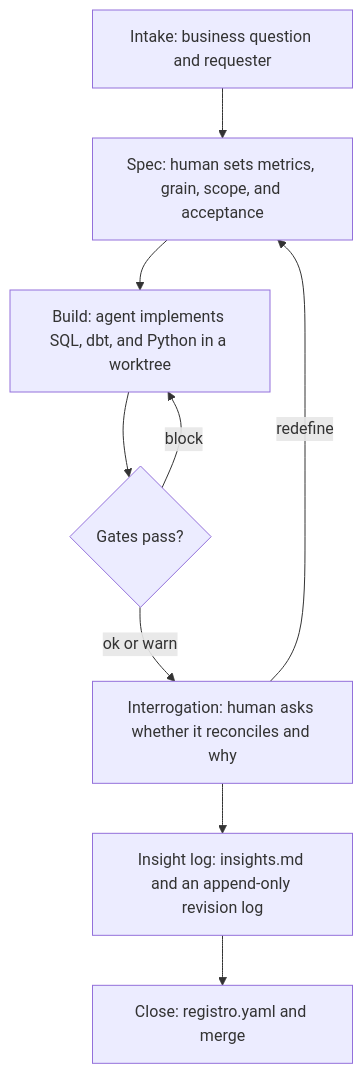
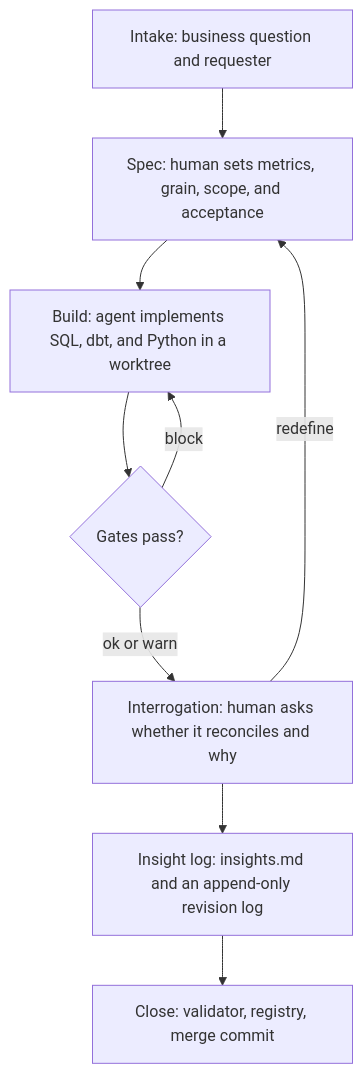
One commit to afonsoalrocha/analytics-hub-template changed the diagram in README.md. Above: the diagram before and after it, drawn with Mermaid. The commit also changed other lines of this file and 38 other files, not shown here.

````diff
--- a/README.md
+++ b/README.md
@@ -24,11 +24,11 @@
 ```mermaid
 flowchart TD
   A[Intake: business question and requester] --> B[Spec: human sets metrics, grain, scope, and acceptance]
   B --> C[Build: agent implements SQL, dbt, and Python in a worktree]
   C --> D{Gates pass?}
   D -->|block| C
   D -->|ok or warn| E[Interrogation: human asks whether it reconciles and why]
   E -->|redefine| B
   E --> F[Insight log: insights.md and an append-only revision log]
-  F --> G[Close: registro.yaml and merge]
+  F --> G[Close: validator, registry, merge commit]
 ```
````
